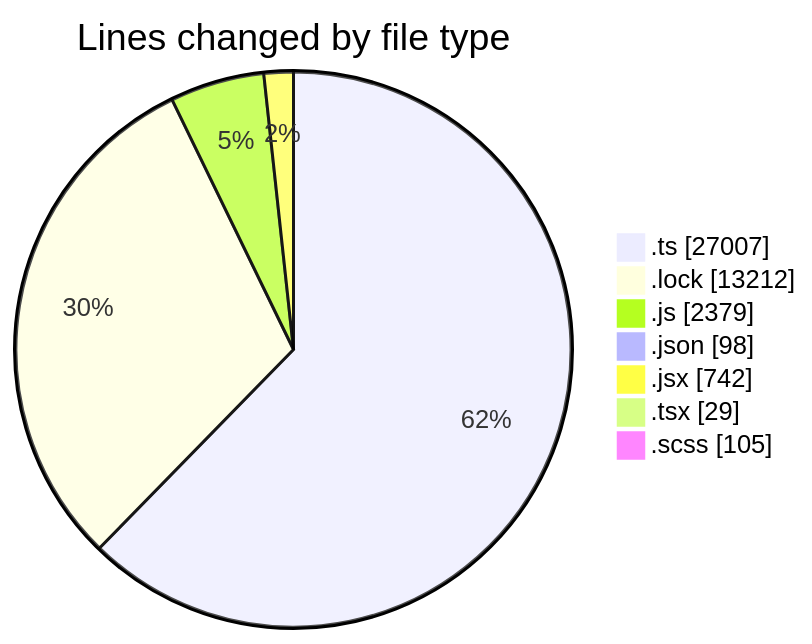
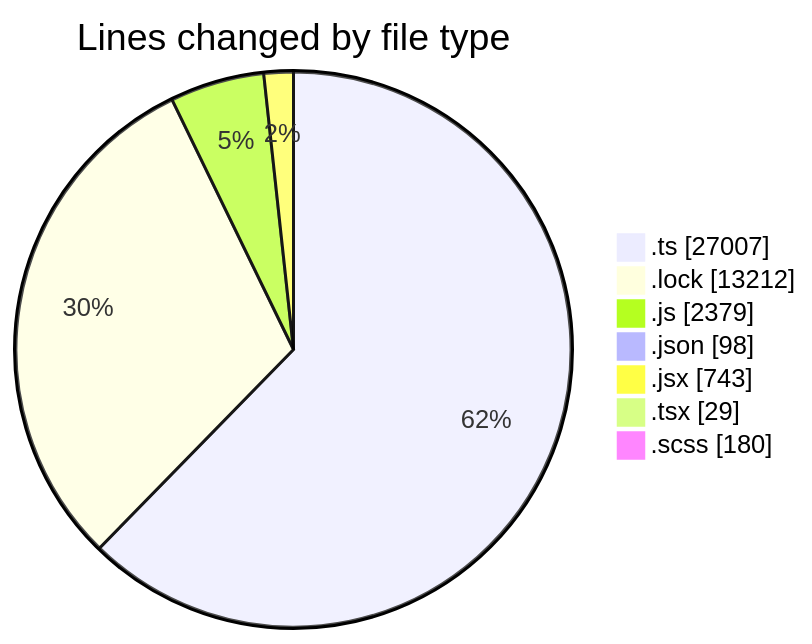
The first of 2 diagrams in 2025-05-16/cda/README.md (momahboobian/code-tracking), drawn with Mermaid before and after one commit. The commit also changed other lines of this file and 1 other file, not shown here.

````diff
--- a/2025-05-16/cda/README.md
+++ b/2025-05-16/cda/README.md
@@ -42,11 +43,11 @@
 ```mermaid
 pie showData
 title Lines changed by file type
 ".ts" : 27007
 ".lock" : 13212
 ".js" : 2379
 ".json" : 98
-".jsx" : 742
+".jsx" : 743
 ".tsx" : 29
-".scss" : 105
+".scss" : 180
 ```
````
